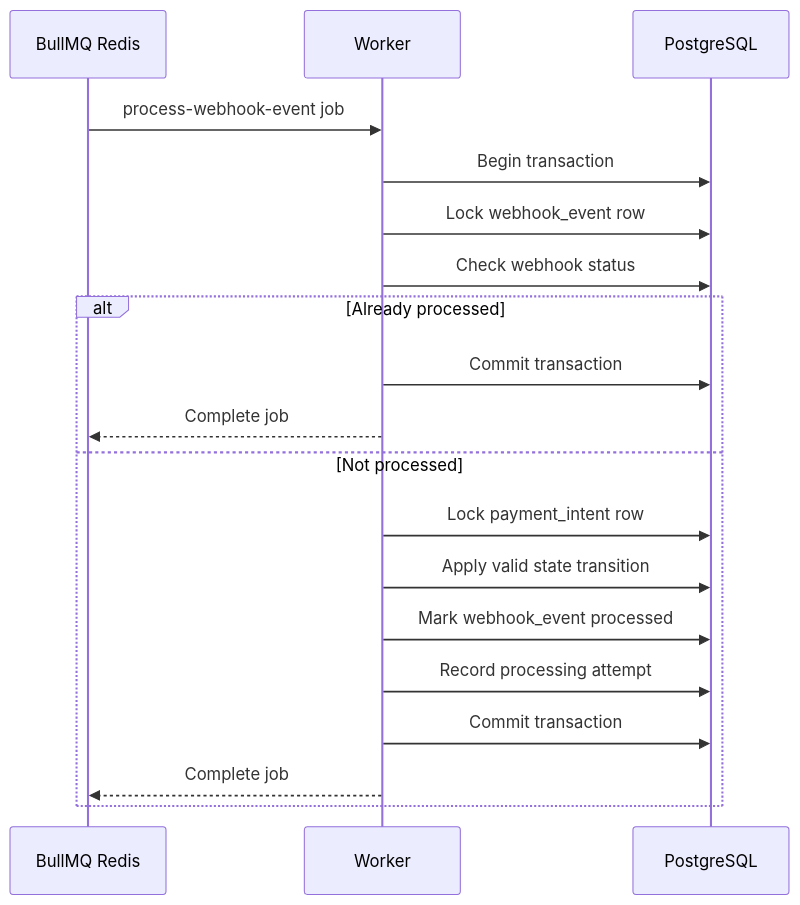
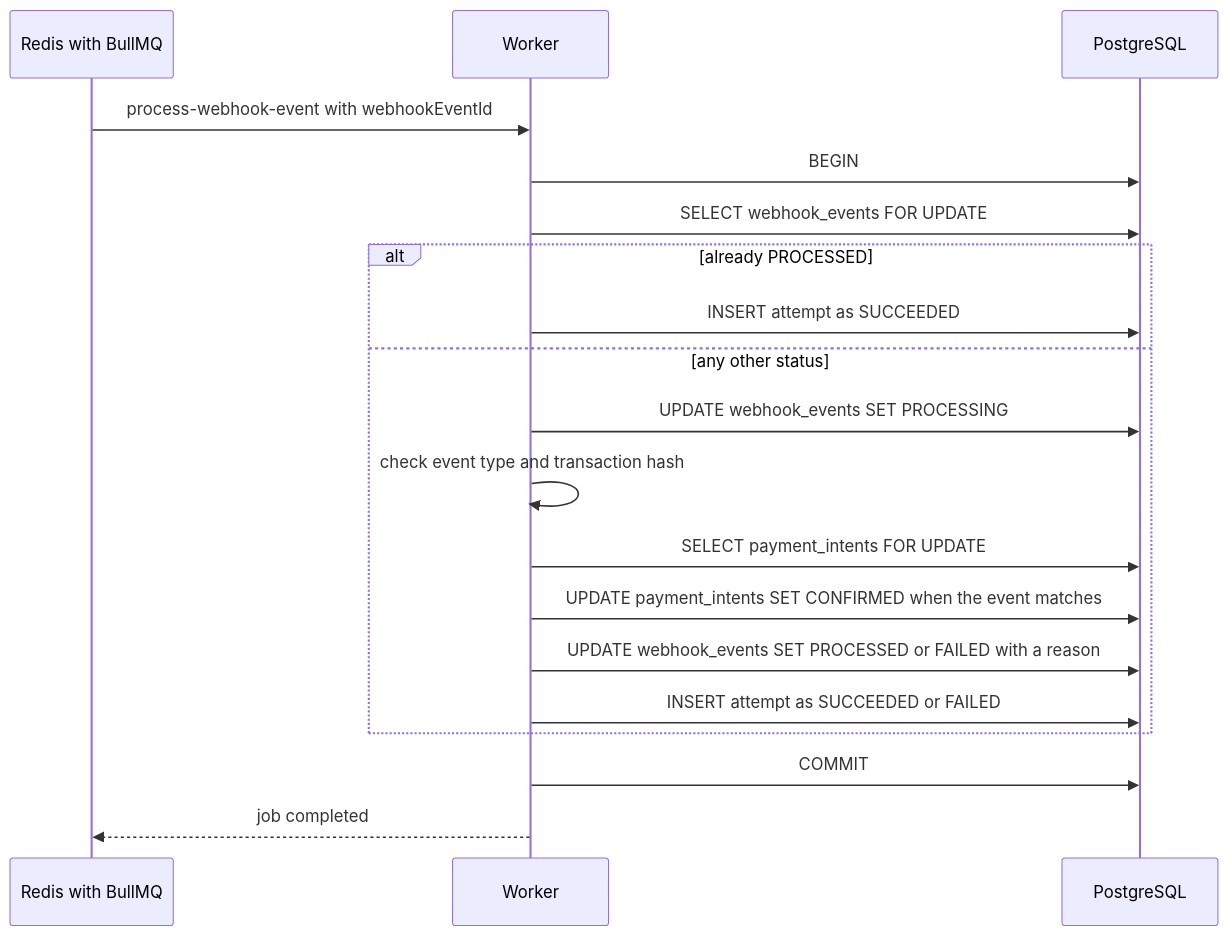
One commit to AsyncAssassin/transaction-event-gateway changed the fifth of 5 diagrams in docs/architecture.md. Above: the diagram before and after it, drawn with Mermaid. The commit also changed other lines of this file and 23 other files, not shown here.

````diff
--- a/docs/architecture.md
+++ b/docs/architecture.md
@@ -145,22 +143,21 @@
 ```mermaid
 sequenceDiagram
-    participant Queue as BullMQ Redis
-    participant Worker
+    participant Q as Redis with BullMQ
+    participant W as Worker
     participant DB as PostgreSQL
-
-    Queue->>Worker: process-webhook-event job
-    Worker->>DB: Begin transaction
-    Worker->>DB: Lock webhook_event row
-    Worker->>DB: Check webhook status
-    alt Already processed
-        Worker->>DB: Commit transaction
-        Worker-->>Queue: Complete job
-    else Not processed
-        Worker->>DB: Lock payment_intent row
-        Worker->>DB: Apply valid state transition
-        Worker->>DB: Mark webhook_event processed
-        Worker->>DB: Record processing attempt
-        Worker->>DB: Commit transaction
-        Worker-->>Queue: Complete job
+    Q->>W: process-webhook-event with webhookEventId
+    W->>DB: BEGIN
+    W->>DB: SELECT webhook_events FOR UPDATE
+    alt already PROCESSED
+        W->>DB: INSERT attempt as SUCCEEDED
+    else any other status
+        W->>DB: UPDATE webhook_events SET PROCESSING
+        W->>W: check event type and transaction hash
+        W->>DB: SELECT payment_intents FOR UPDATE
+        W->>DB: UPDATE payment_intents SET CONFIRMED when the event matches
+        W->>DB: UPDATE webhook_events SET PROCESSED or FAILED with a reason
+        W->>DB: INSERT attempt as SUCCEEDED or FAILED
     end
+    W->>DB: COMMIT
+    W-->>Q: job completed
 ```
````
